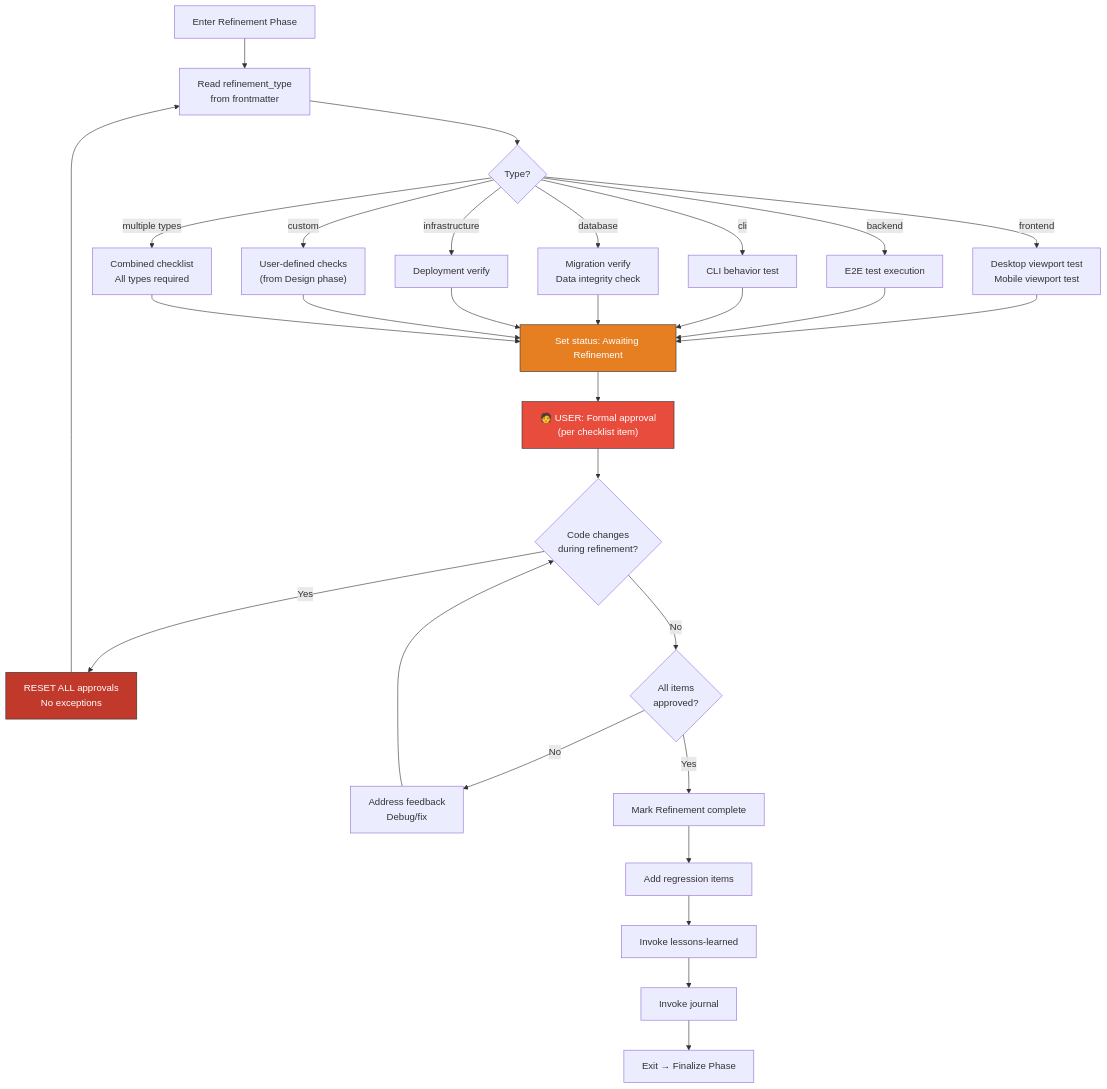
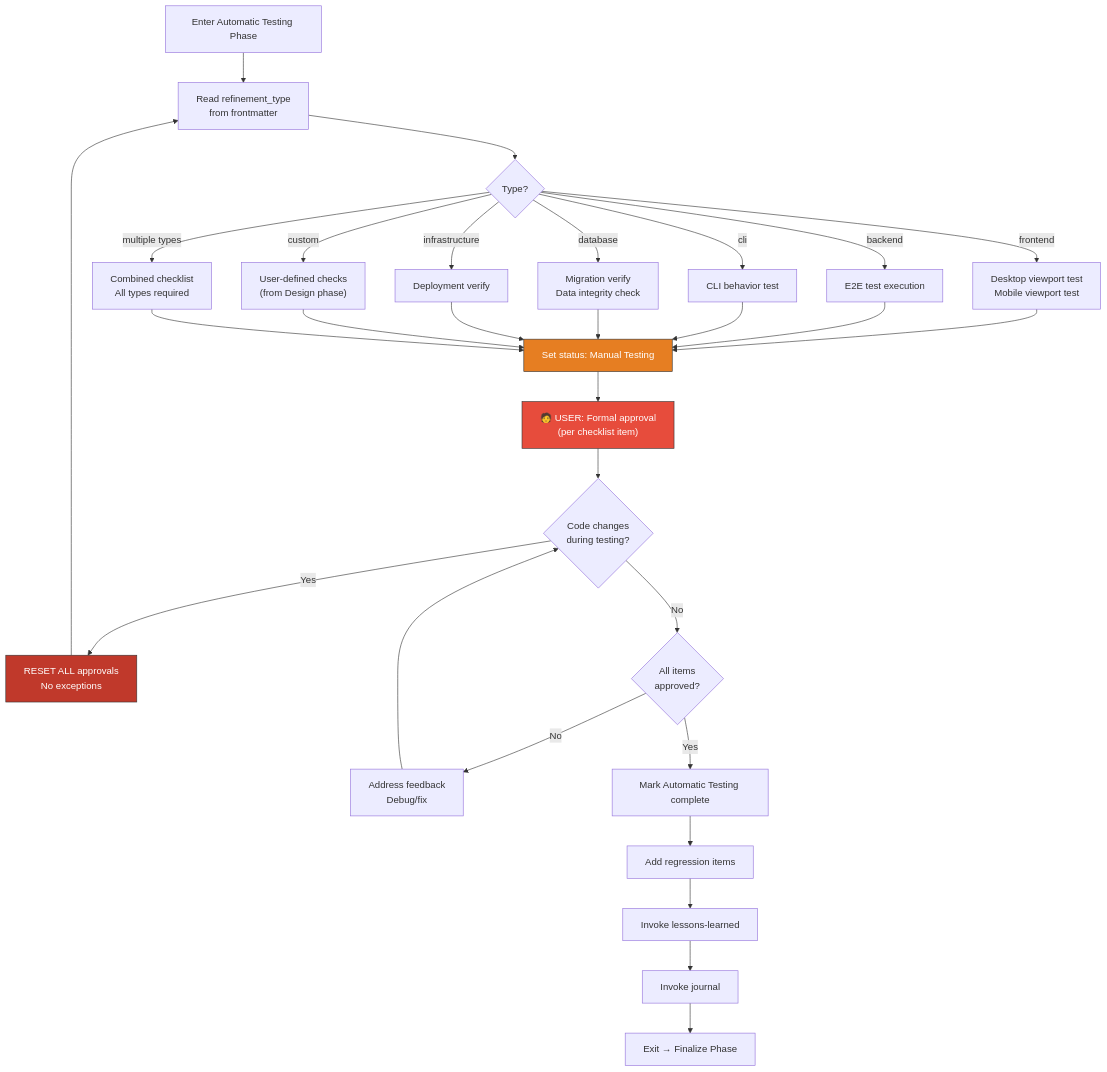
Before and after one commit to jakekausler/claude-code-workflow: diagram 11 of 24 in docs/plans/2026-02-16-kanban-workflow-end-state.md, drawn with Mermaid. The commit also changed other lines of this file, not shown here.

Commit message:
docs: update end-state vision with modularity architecture and column renames

````diff
--- a/docs/plans/2026-02-16-kanban-workflow-end-state.md
+++ b/docs/plans/2026-02-16-kanban-workflow-end-state.md
@@ -538,39 +539,39 @@
 ```mermaid
 flowchart TD
-    A[Enter Refinement Phase] --> B["Read refinement_type<br/>from frontmatter"]
+    A[Enter Automatic Testing Phase] --> B["Read refinement_type<br/>from frontmatter"]
 
     B --> C{Type?}
     C -->|frontend| D["Desktop viewport test<br/>Mobile viewport test"]
     C -->|backend| E["E2E test execution"]
     C -->|cli| F["CLI behavior test"]
     C -->|database| G["Migration verify<br/>Data integrity check"]
     C -->|infrastructure| H["Deployment verify"]
     C -->|custom| I["User-defined checks<br/>(from Design phase)"]
     C -->|"multiple types"| J["Combined checklist<br/>All types required"]
 
-    D --> K["Set status: Awaiting Refinement"]
+    D --> K["Set status: Manual Testing"]
     E --> K
     F --> K
     G --> K
     H --> K
     I --> K
     J --> K
 
     K --> L["🧑 USER: Formal approval<br/>(per checklist item)"]
 
-    L --> M{Code changes<br/>during refinement?}
+    L --> M{Code changes<br/>during testing?}
     M -->|Yes| N["RESET ALL approvals<br/>No exceptions"]
     N --> B
     M -->|No| O{All items<br/>approved?}
     O -->|No| P["Address feedback<br/>Debug/fix"]
     P --> M
-    O -->|Yes| Q["Mark Refinement complete"]
+    O -->|Yes| Q["Mark Automatic Testing complete"]
     Q --> R["Add regression items"]
     R --> S["Invoke lessons-learned"]
     S --> T["Invoke journal"]
     T --> U["Exit → Finalize Phase"]
 
     style K fill:#e67e22,stroke:#333,color:#fff
     style L fill:#e74c3c,stroke:#333,color:#fff
     style N fill:#c0392b,stroke:#333,color:#fff
 ```
````
